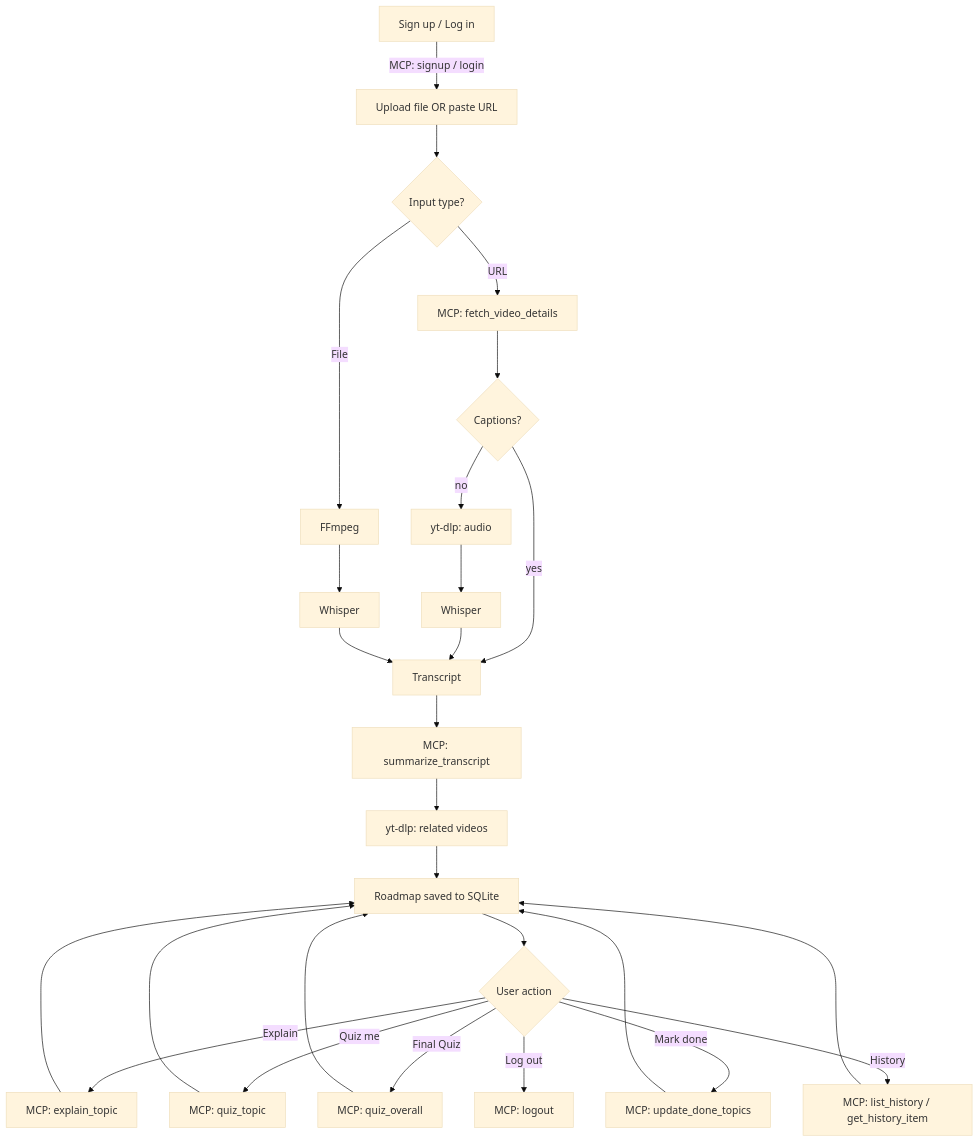
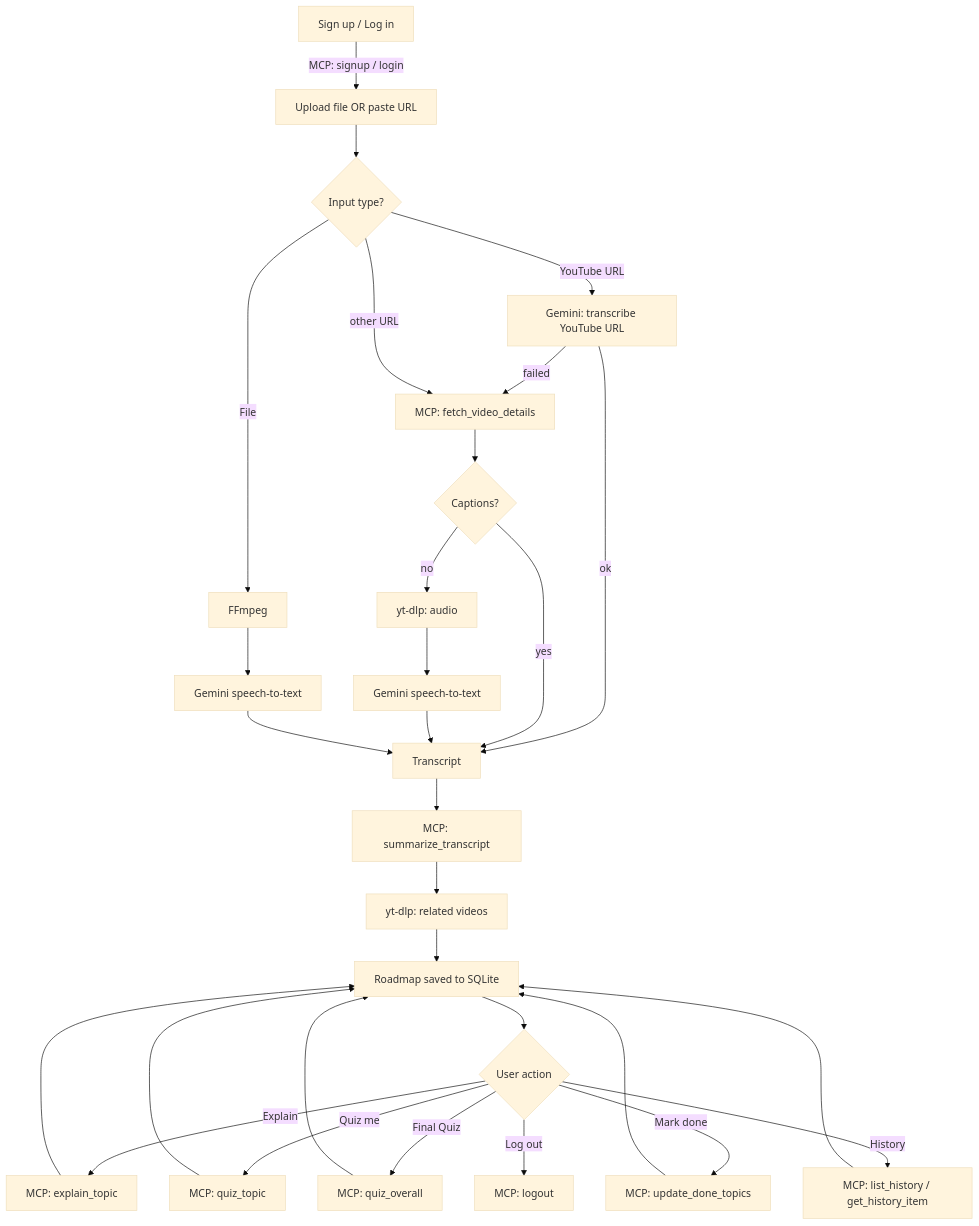
One commit to Keerthi292/AI-Video-Knowledge-Extractor changed the first of 2 diagrams in README.md. Above: the diagram before and after it, drawn with Mermaid (base theme). The commit also changed other lines of this file and 4 other files, not shown here.

Commit message:
feat: enhance YouTube transcription support and improve audio extraction process

````diff
--- a/README.md
+++ b/README.md
@@ -26,20 +29,23 @@
 ```mermaid
 flowchart TD
     Z[Sign up / Log in] -->|MCP: signup / login| A[Upload file OR paste URL]
     A --> B{Input type?}
-    B -- URL --> C[MCP: fetch_video_details]
+    B -- YouTube URL --> Y[Gemini: transcribe YouTube URL]
+    Y -- ok --> E
+    Y -- failed --> C
+    B -- other URL --> C[MCP: fetch_video_details]
     C --> D{Captions?}
     D -- yes --> E[Transcript]
-    D -- no --> F[yt-dlp: audio] --> G[Whisper] --> E
-    B -- File --> H[FFmpeg] --> I[Whisper] --> E
+    D -- no --> F[yt-dlp: audio] --> G[Gemini speech-to-text] --> E
+    B -- File --> H[FFmpeg] --> I[Gemini speech-to-text] --> E
     E --> J[MCP: summarize_transcript]
     J --> K[yt-dlp: related videos]
     K --> L[Roadmap saved to SQLite]
     L --> M{User action}
     M -- Explain --> N[MCP: explain_topic] --> L
     M -- Quiz me --> O[MCP: quiz_topic] --> L
     M -- Final Quiz --> P[MCP: quiz_overall] --> L
     M -- Mark done --> Q[MCP: update_done_topics] --> L
     M -- History --> R[MCP: list_history / get_history_item] --> L
     M -- Log out --> S[MCP: logout]
 ```
````
